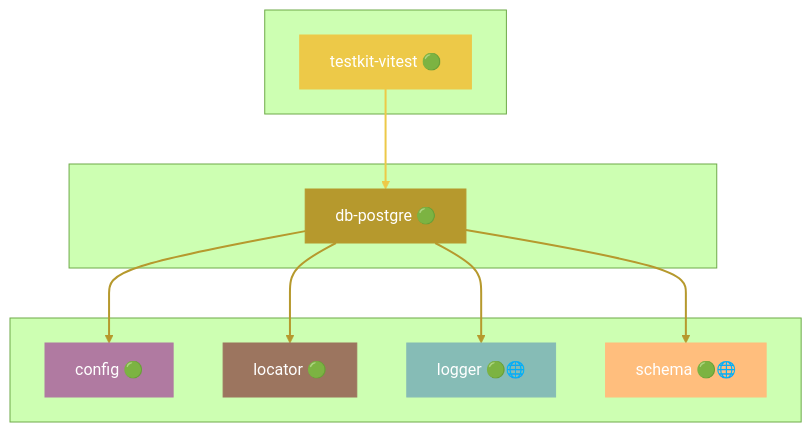
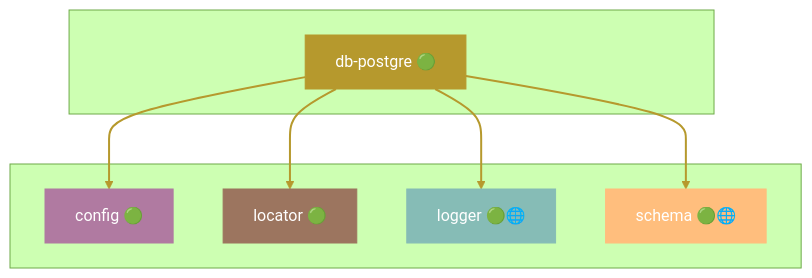
Before and after one commit to grest-ts/grest-ts: diagram 14 of 46 in docs/DEPENDENCIES.md, drawn with Mermaid (forest theme). The commit also changed other lines of this file and 2 other files, not shown here.

````diff
--- a/docs/DEPENDENCIES.md
+++ b/docs/DEPENDENCIES.md
@@ -869,31 +837,25 @@
 ```mermaid
 flowchart TB
-    subgraph Dependents[" "]
-        testkit-vitest["testkit-vitest 🟢"]
-    end
     subgraph Package[" "]
         db-postgre["db-postgre 🟢"]
     end
     subgraph Dependencies[" "]
         config["config 🟢"]
         locator["locator 🟢"]
         logger["logger 🟢🌐"]
         schema["schema 🟢🌐"]
     end
-    testkit-vitest --> db-postgre
     db-postgre --> config
     db-postgre --> locator
     db-postgre --> logger
     db-postgre --> schema
     style db-postgre fill:#B6992D,stroke:#B6992D,color:#fff
-    style testkit-vitest fill:#EDC948,stroke:#EDC948,color:#fff
     style config fill:#B07AA1,stroke:#B07AA1,color:#fff
     style locator fill:#9C755F,stroke:#9C755F,color:#fff
     style logger fill:#86BCB6,stroke:#86BCB6,color:#fff
     style schema fill:#FFBE7D,stroke:#FFBE7D,color:#fff
-    linkStyle 0 stroke:#EDC948,stroke-width:2px
+    linkStyle 0 stroke:#B6992D,stroke-width:2px
     linkStyle 1 stroke:#B6992D,stroke-width:2px
     linkStyle 2 stroke:#B6992D,stroke-width:2px
     linkStyle 3 stroke:#B6992D,stroke-width:2px
-    linkStyle 4 stroke:#B6992D,stroke-width:2px
 ```
````
